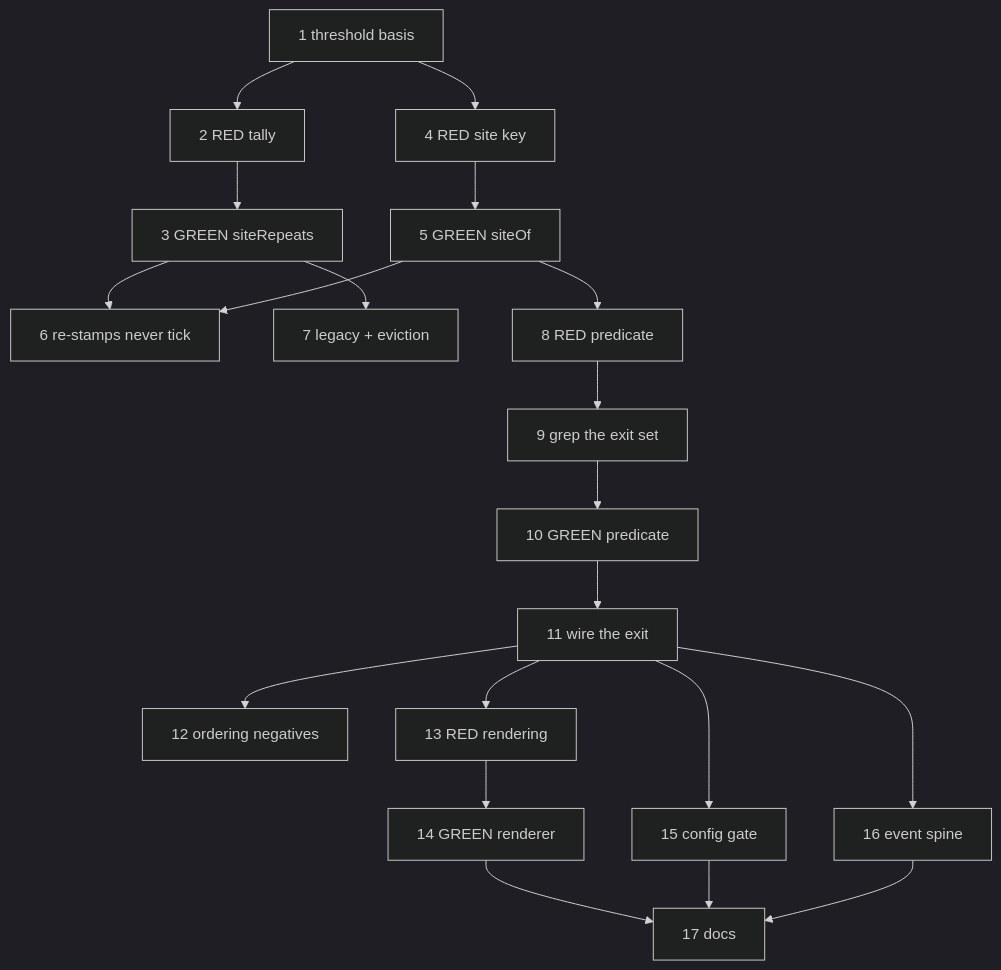
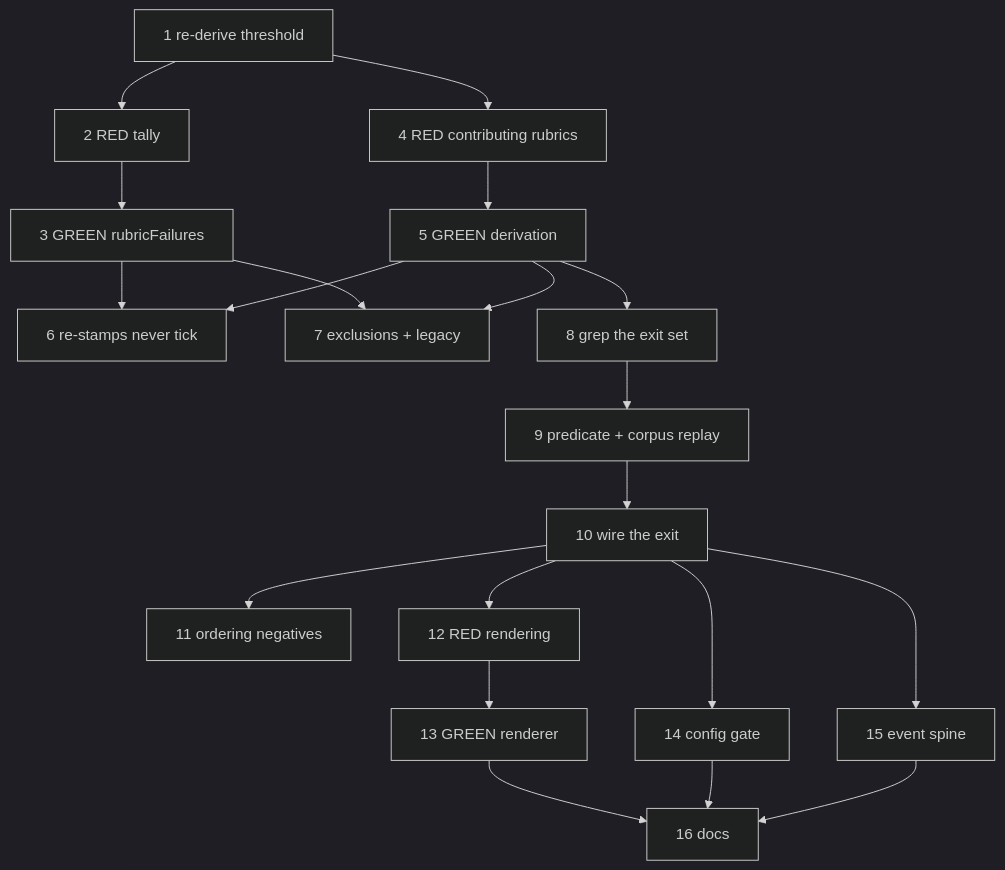
The diagram in .docs/plans/the-engine-cannot-detect-its-own-spinning-operator.md (jstoup111/ai-conductor), drawn with Mermaid (dark theme) before and after one commit. The commit also changed other lines of this file and 9 other files, not shown here.

First line of the commit message:
spec: re-key the build_review spin bound from site to rubric on measured evidence

````diff
--- a/.docs/plans/the-engine-cannot-detect-its-own-spinning-operator.md
+++ b/.docs/plans/the-engine-cannot-detect-its-own-spinning-operator.md
@@ -418,22 +414,22 @@
 ```mermaid
 graph TD
-  T1["1 threshold basis"] --> T2["2 RED tally"]
-  T1 --> T4["4 RED site key"]
-  T2 --> T3["3 GREEN siteRepeats"]
-  T4 --> T5["5 GREEN siteOf"]
+  T1["1 re-derive threshold"] --> T2["2 RED tally"]
+  T1 --> T4["4 RED contributing rubrics"]
+  T2 --> T3["3 GREEN rubricFailures"]
+  T4 --> T5["5 GREEN derivation"]
   T3 --> T6["6 re-stamps never tick"]
   T5 --> T6
-  T3 --> T7["7 legacy + eviction"]
-  T5 --> T8["8 RED predicate"]
-  T8 --> T9["9 grep the exit set"]
-  T9 --> T10["10 GREEN predicate"]
-  T10 --> T11["11 wire the exit"]
-  T11 --> T12["12 ordering negatives"]
-  T11 --> T13["13 RED rendering"]
-  T13 --> T14["14 GREEN renderer"]
-  T11 --> T15["15 config gate"]
-  T11 --> T16["16 event spine"]
-  T14 --> T17["17 docs"]
-  T15 --> T17
-  T16 --> T17
+  T3 --> T7["7 exclusions + legacy"]
+  T5 --> T7
+  T5 --> T8["8 grep the exit set"]
+  T8 --> T9["9 predicate + corpus replay"]
+  T9 --> T10["10 wire the exit"]
+  T10 --> T11["11 ordering negatives"]
+  T10 --> T12["12 RED rendering"]
+  T12 --> T13["13 GREEN renderer"]
+  T10 --> T14["14 config gate"]
+  T10 --> T15["15 event spine"]
+  T13 --> T16["16 docs"]
+  T14 --> T16
+  T15 --> T16
 ```
````
